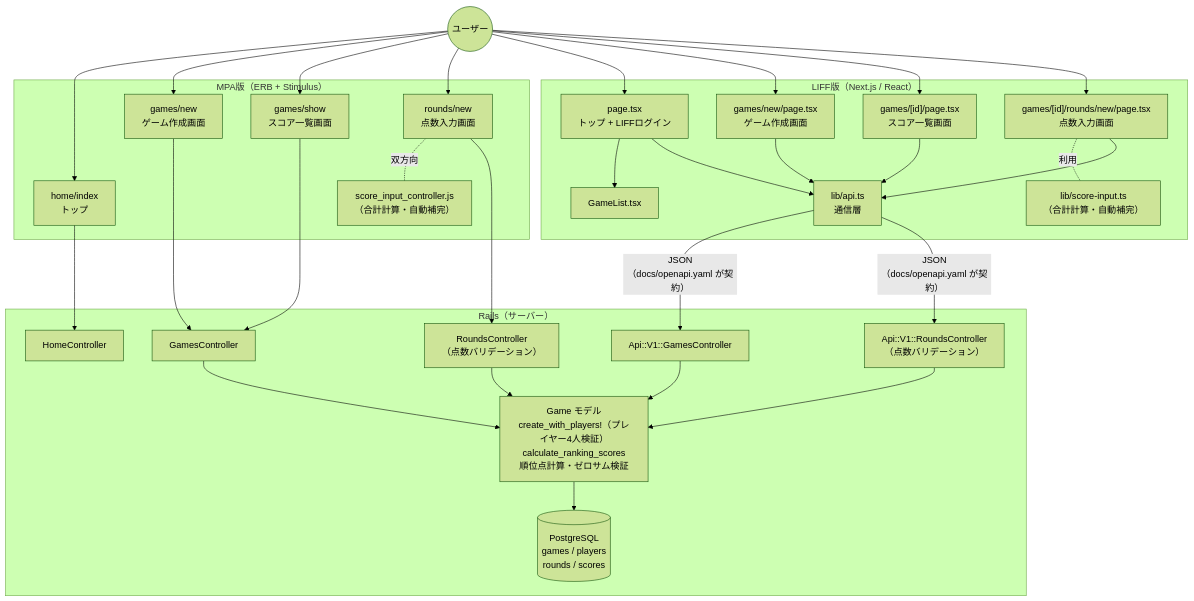
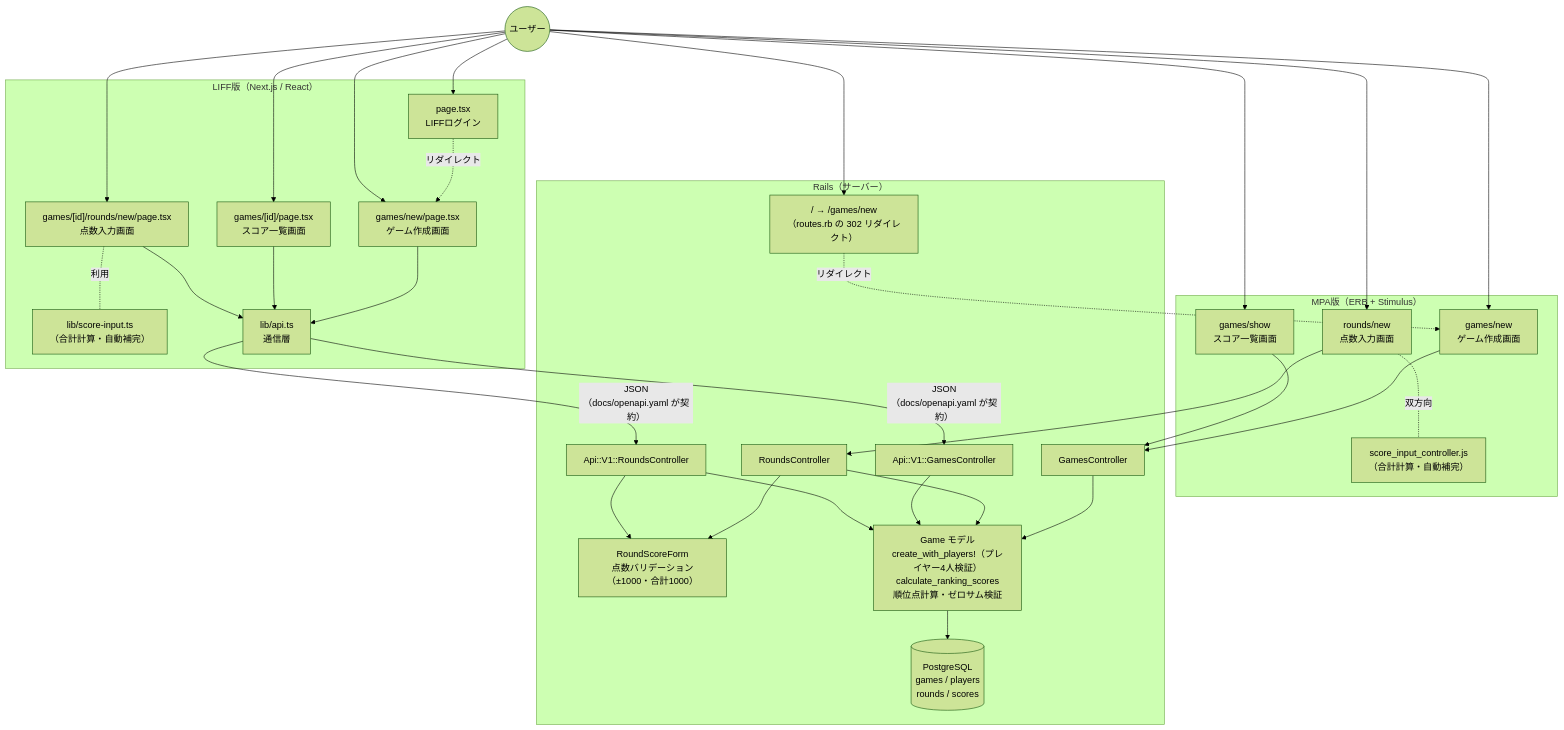
The first of 2 diagrams in docs/architecture.md (tsukamotohiroaki/mahjong_score), drawn with Mermaid (forest theme) before and after one commit. The commit also changed other lines of this file, not shown here.

Commit message:
docs: 全体構成図を実態に合わせて修正する
【現状】
architecture.md の全体構成図に、実装と一致しない記述が5箇所あった。

【目的】
図を見て現状を誤解しないようにする。

【変更内容】
- GameList.tsx を削除（ファイルが存在しない）
- page.tsx から lib/api.ts への線を削除
  （page.tsx は liff のみ import しており通信層を使っていない）
- home/index・HomeController を削除し、routes.rb の 302 リダイレクトに置換
  （#216 でトップページを廃止した際にコントローラーごと削除済み）
- 点数バリデーションの記述を各コントローラーから RoundScoreForm へ移動
  （#193 で一本化済み）
- 読みどころに、仕様書にあるが誰も呼んでいない API
  （GET /api/v1/games）の注記を追加

````diff
--- a/docs/architecture.md
+++ b/docs/architecture.md
@@ -21,47 +21,47 @@
 ```mermaid
 flowchart TB
     user(("ユーザー"))
 
     subgraph MPA["MPA版（ERB + Stimulus）"]
-        home["home/index<br>トップ"]
         gnew["games/new<br>ゲーム作成画面"]
         gshow["games/show<br>スコア一覧画面"]
         rnew["rounds/new<br>点数入力画面"]
         stim["score_input_controller.js<br>（合計計算・自動補完）"]
         rnew -.双方向.- stim
     end
 
     subgraph LIFF["LIFF版（Next.js / React）"]
-        lpage["page.tsx<br>トップ + LIFFログイン"]
-        glist["GameList.tsx"]
+        lpage["page.tsx<br>LIFFログイン"]
         lnew["games/new/page.tsx<br>ゲーム作成画面"]
         lshow["games/[id]/page.tsx<br>スコア一覧画面"]
         lrnew["games/[id]/rounds/new/page.tsx<br>点数入力画面"]
         sinput["lib/score-input.ts<br>（合計計算・自動補完）"]
         apits["lib/api.ts<br>通信層"]
-        lpage --> glist
         lrnew -.利用.- sinput
-        lpage & lnew & lshow & lrnew --> apits
+        lpage -.リダイレクト.-> lnew
+        lnew & lshow & lrnew --> apits
     end
 
     subgraph Rails["Rails（サーバー）"]
-        hc["HomeController"]
+        root["/ → /games/new<br>（routes.rb の 302 リダイレクト）"]
         gc["GamesController"]
-        rc["RoundsController<br>（点数バリデーション）"]
+        rc["RoundsController"]
         agc["Api::V1::GamesController"]
-        arc["Api::V1::RoundsController<br>（点数バリデーション）"]
+        arc["Api::V1::RoundsController"]
+        form["RoundScoreForm<br>点数バリデーション（±1000・合計1000）"]
         model["Game モデル<br>create_with_players!（プレイヤー4人検証）<br>calculate_ranking_scores<br>順位点計算・ゼロサム検証"]
         db[("PostgreSQL<br>games / players<br>rounds / scores")]
     end
 
-    user --> home & gnew & gshow & rnew
+    user --> root & gnew & gshow & rnew
     user --> lpage & lnew & lshow & lrnew
 
-    home --> hc
+    root -.リダイレクト.-> gnew
     gnew & gshow --> gc
     rnew --> rc
     apits -- "JSON<br>（docs/openapi.yaml が契約）" --> agc & arc
 
+    rc & arc --> form
     gc & rc & agc & arc --> model
     model --> db
 ```
````
